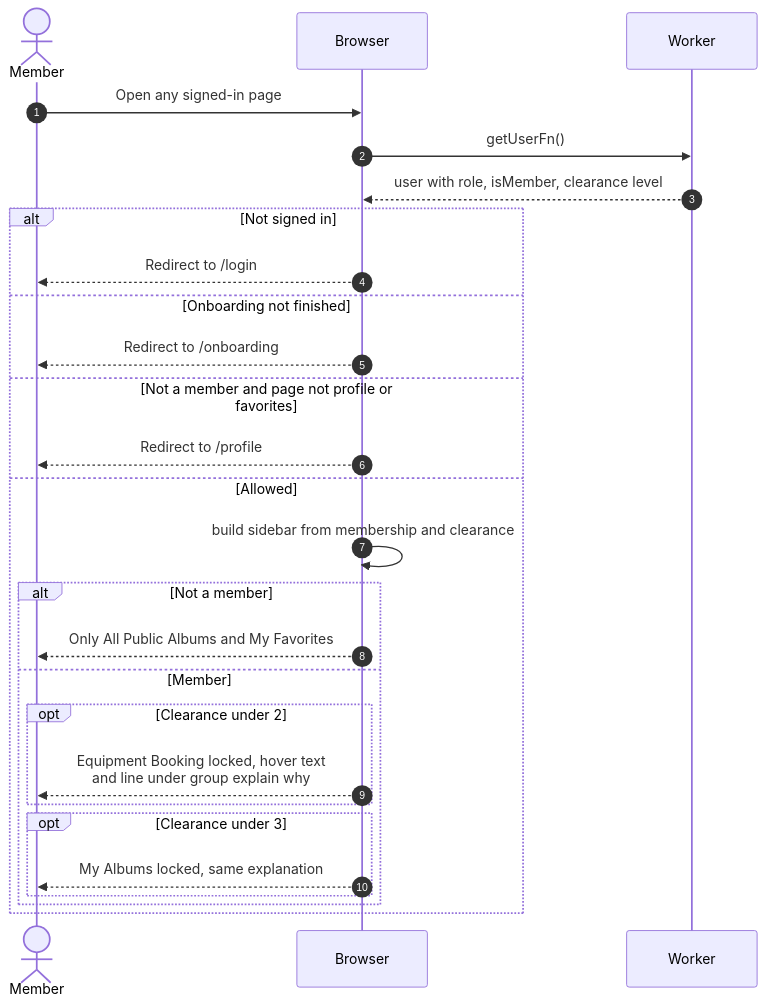
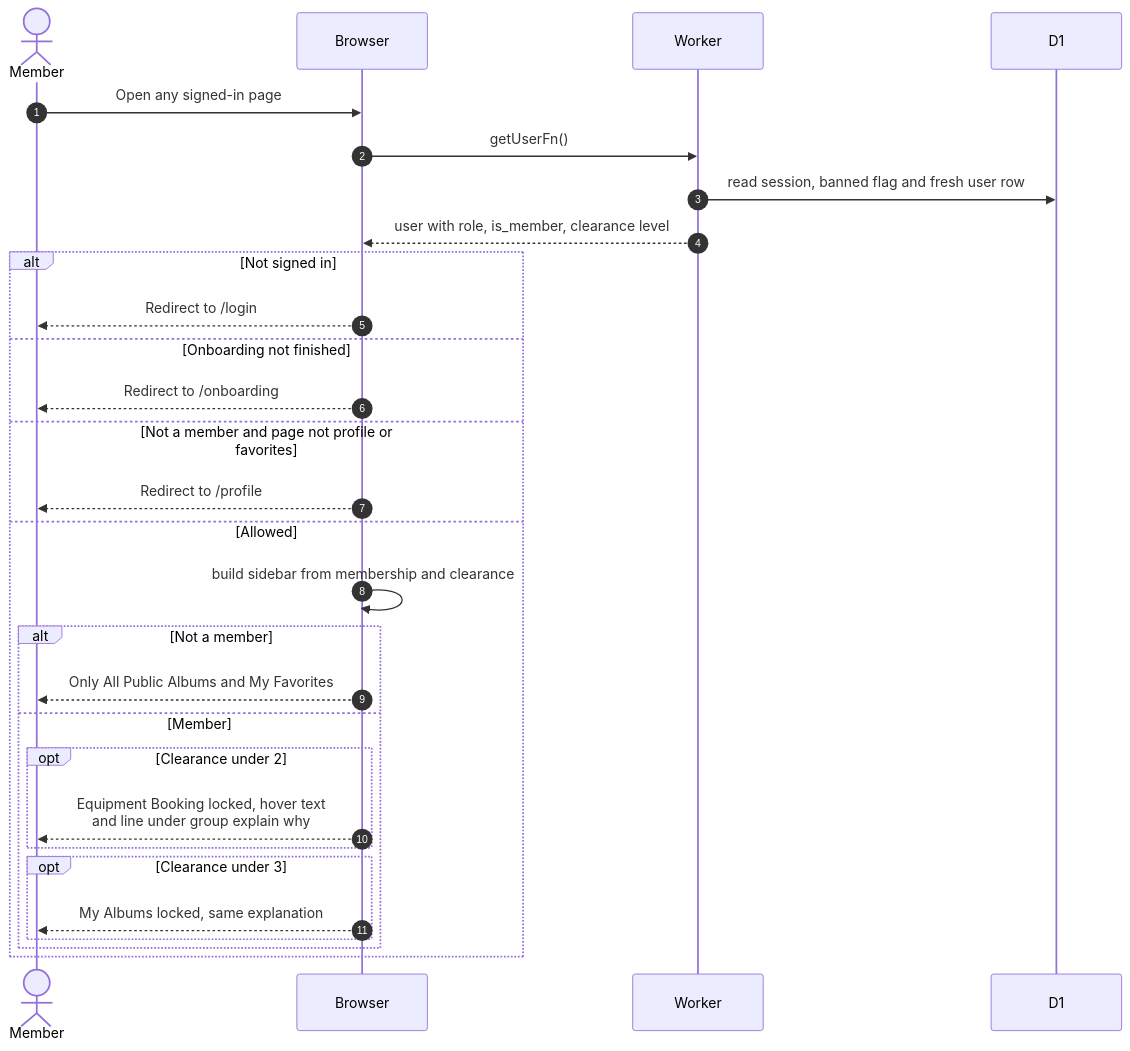
The diagram in docs/scenarios/equipment/sidebar-access.md (sagyzdop/meriksirat), drawn with Mermaid before and after one commit. The commit also changed other lines of this file and 10 other files, not shown here.

Commit message:
docs(scenarios): verify equipment diagrams against the code

````diff
--- a/docs/scenarios/equipment/sidebar-access.md
+++ b/docs/scenarios/equipment/sidebar-access.md
@@ -24,29 +31,31 @@
 ```mermaid
 sequenceDiagram
     autonumber
     actor M as Member
     participant B as Browser
     participant W as Worker
+    participant D as D1
     M->>B: Open any signed-in page
     B->>W: getUserFn()
-    W-->>B: user with role, isMember, clearance level
+    W->>D: read session, banned flag and fresh user row
+    W-->>B: user with role, is_member, clearance level
     alt Not signed in
         B-->>M: Redirect to /login
     else Onboarding not finished
         B-->>M: Redirect to /onboarding
     else Not a member and page not profile or favorites
         B-->>M: Redirect to /profile
     else Allowed
         B->>B: build sidebar from membership and clearance
         alt Not a member
             B-->>M: Only All Public Albums and My Favorites
         else Member
             opt Clearance under 2
                 B-->>M: Equipment Booking locked, hover text<br/>and line under group explain why
             end
             opt Clearance under 3
                 B-->>M: My Albums locked, same explanation
             end
         end
     end
 ```
````
